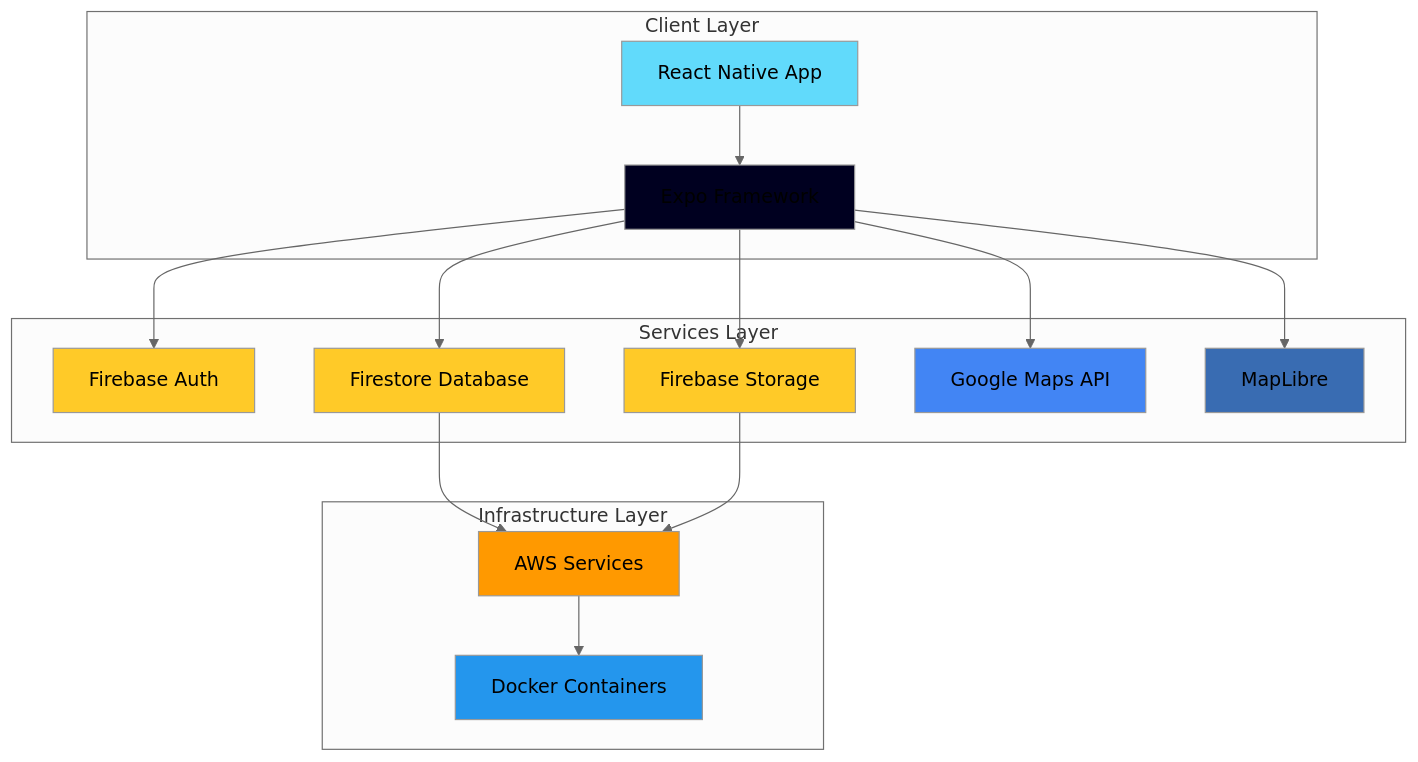
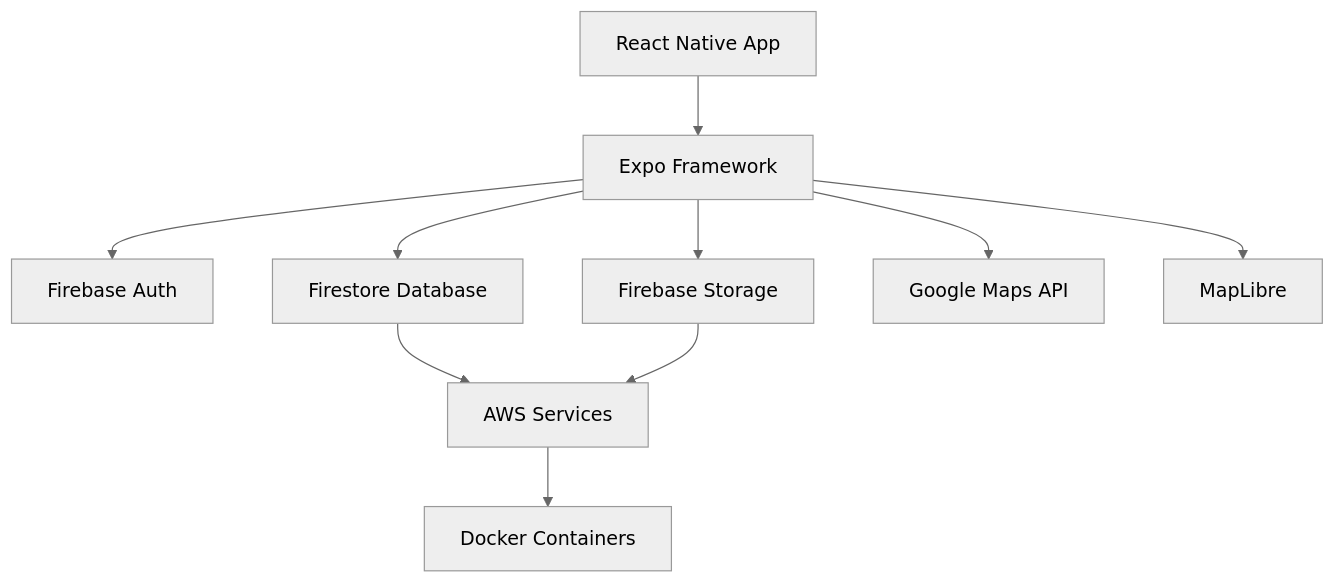
Before and after one commit to neutron420/NavigateU: the first of 4 diagrams in README.md, drawn with Mermaid (neutral theme). The commit also changed other lines of this file, not shown here.

````diff
--- a/README.md
+++ b/README.md
@@ -95,40 +95,12 @@
 ```mermaid
-graph TB
-    subgraph "Client Layer"
-        A[React Native App]
-        B[Expo Framework]
-    end
-    
-    subgraph "Services Layer"
-        C[Firebase Auth]
-        D[Firestore Database]
-        E[Firebase Storage]
-        F[Google Maps API]
-        G[MapLibre]
-    end
-    
-    subgraph "Infrastructure Layer"
-        H[AWS Services]
-        I[Docker Containers]
-    end
-    
-    A --> B
-    B --> C
-    B --> D
-    B --> E
-    B --> F
-    B --> G
-    D --> H
+graph TD
+    A[React Native App] --> B[Expo Framework]
+    B --> C[Firebase Auth]
+    B --> D[Firestore Database]
+    B --> E[Firebase Storage]
+    B --> F[Google Maps API]
+    B --> G[MapLibre]
+    D --> H[AWS Services]
     E --> H
-    H --> I
-    
-    style A fill:#61DAFB
-    style B fill:#000020
-    style C fill:#FFCA28
-    style D fill:#FFCA28
-    style E fill:#FFCA28
-    style F fill:#4285F4
-    style G fill:#396CB2
-    style H fill:#FF9900
-    style I fill:#2496ED
+    H --> I[Docker Containers]
 ```
````
